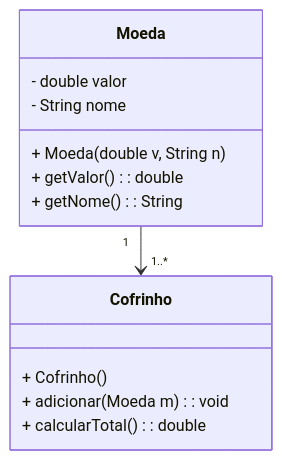
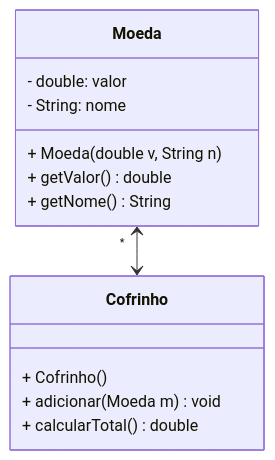
One commit to anacagliari/dbstart-front-lab3 changed the first of 2 diagrams in README.md. Above: the diagram before and after it, drawn with Mermaid. The commit also changed other lines of this file, not shown here.

````diff
--- a/README.md
+++ b/README.md
@@ -13,18 +13,18 @@
 ```mermaid
 classDiagram
     class Moeda {
-        - double valor
-        - String nome
+        - double: valor
+        - String: nome
         + Moeda(double v, String n)
-        + getValor(): double
-        + getNome(): String
+        + getValor() double
+        + getNome() String
     }
     
     class Cofrinho {
         + Cofrinho()
-        + adicionar(Moeda m): void
-        + calcularTotal(): double
+        + adicionar(Moeda m) void
+        + calcularTotal() double
     }
     
-    Moeda "1" --> "1..*" Cofrinho
+    Moeda "*" <--> Cofrinho
 ```
````
